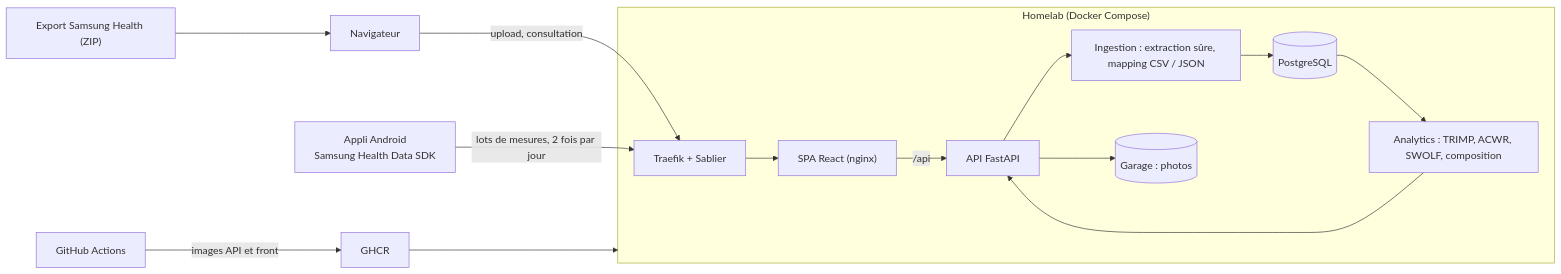
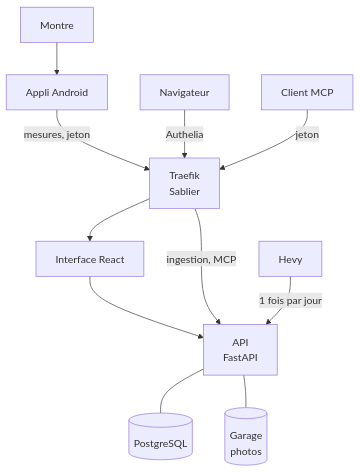
Before and after one commit to sedelpeuch/sedelpeuch.github.io: the diagram in docs/projects/personnel/body_analysis.md, drawn with Mermaid. The commit also changed other lines of this file and 28 other files, not shown here.

````diff
--- a/docs/projects/personnel/body_analysis.md
+++ b/docs/projects/personnel/body_analysis.md
@@ -98,17 +26,13 @@
 ```mermaid
-flowchart LR
-  export["Export Samsung Health (ZIP)"] --> user["Navigateur"]
-  user -->|"upload, consultation"| traefik["Traefik + Sablier"]
-  phone["Appli Android<br/>Samsung Health Data SDK"] -->|"lots de mesures, 2 fois par jour"| traefik
-  subgraph homelab["Homelab (Docker Compose)"]
-    traefik --> web["SPA React (nginx)"]
-    web -->|"/api"| api["API FastAPI"]
-    api --> ingest["Ingestion : extraction sûre, mapping CSV / JSON"]
-    ingest --> pg[("PostgreSQL")]
-    pg --> analytics["Analytics : TRIMP, ACWR, SWOLF, composition"]
-    analytics --> api
-    api --> s3[("Garage : photos")]
-  end
-  ci["GitHub Actions"] -->|"images API et front"| ghcr["GHCR"]
-  ghcr --> homelab
+flowchart TD
+  watch["Montre"] --> phone["Appli Android"]
+  phone -->|"mesures, jeton"| traefik["Traefik<br/>Sablier"]
+  user["Navigateur"] -->|Authelia| traefik
+  mcp["Client MCP"] -->|"jeton"| traefik
+  traefik --> web["Interface React"]
+  web --> api
+  traefik -->|"ingestion, MCP"| api["API<br/>FastAPI"]
+  hevy["Hevy"] -->|"1 fois par jour"| api
+  api --- pg[("PostgreSQL")]
+  api --- s3[("Garage<br/>photos")]
 ```
````
